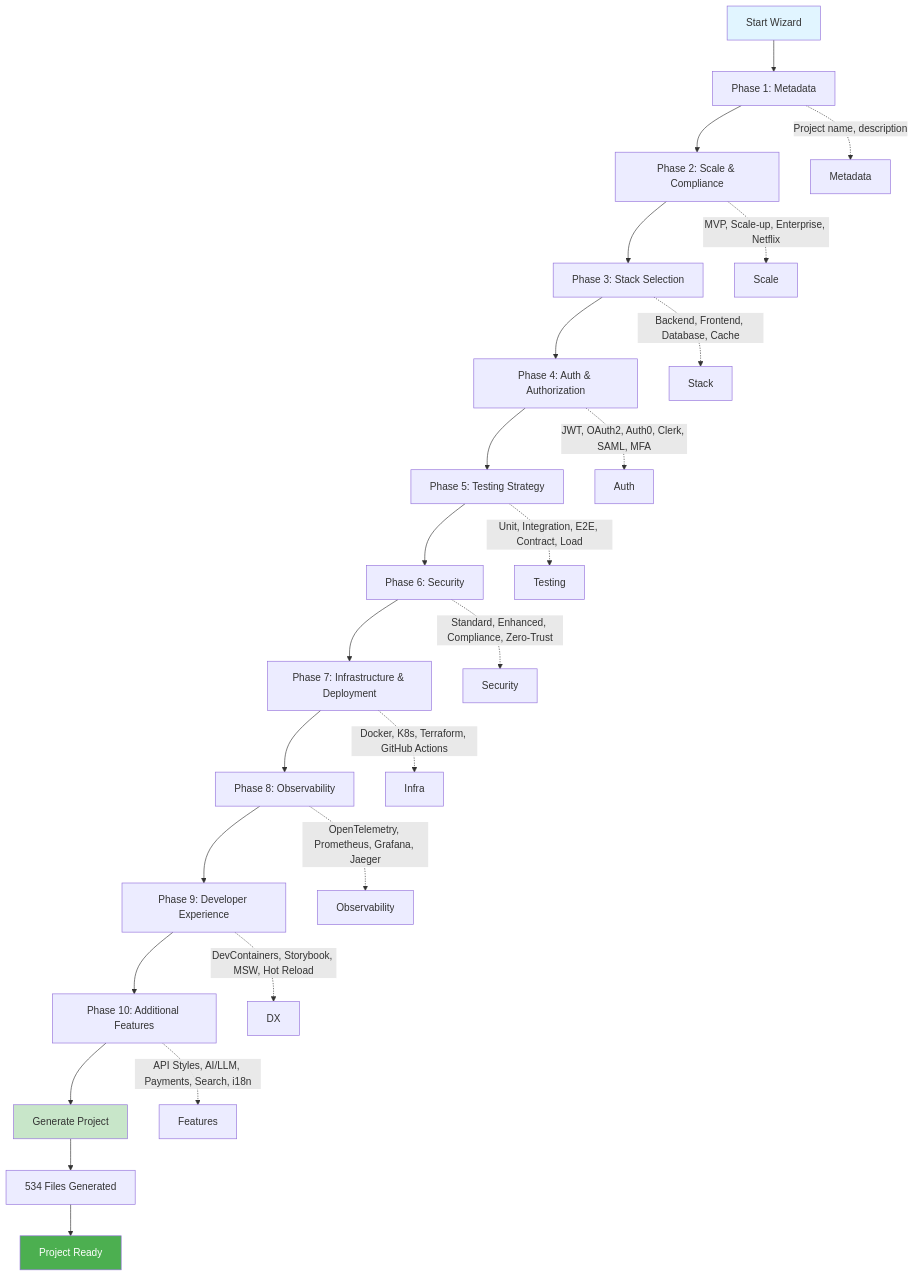
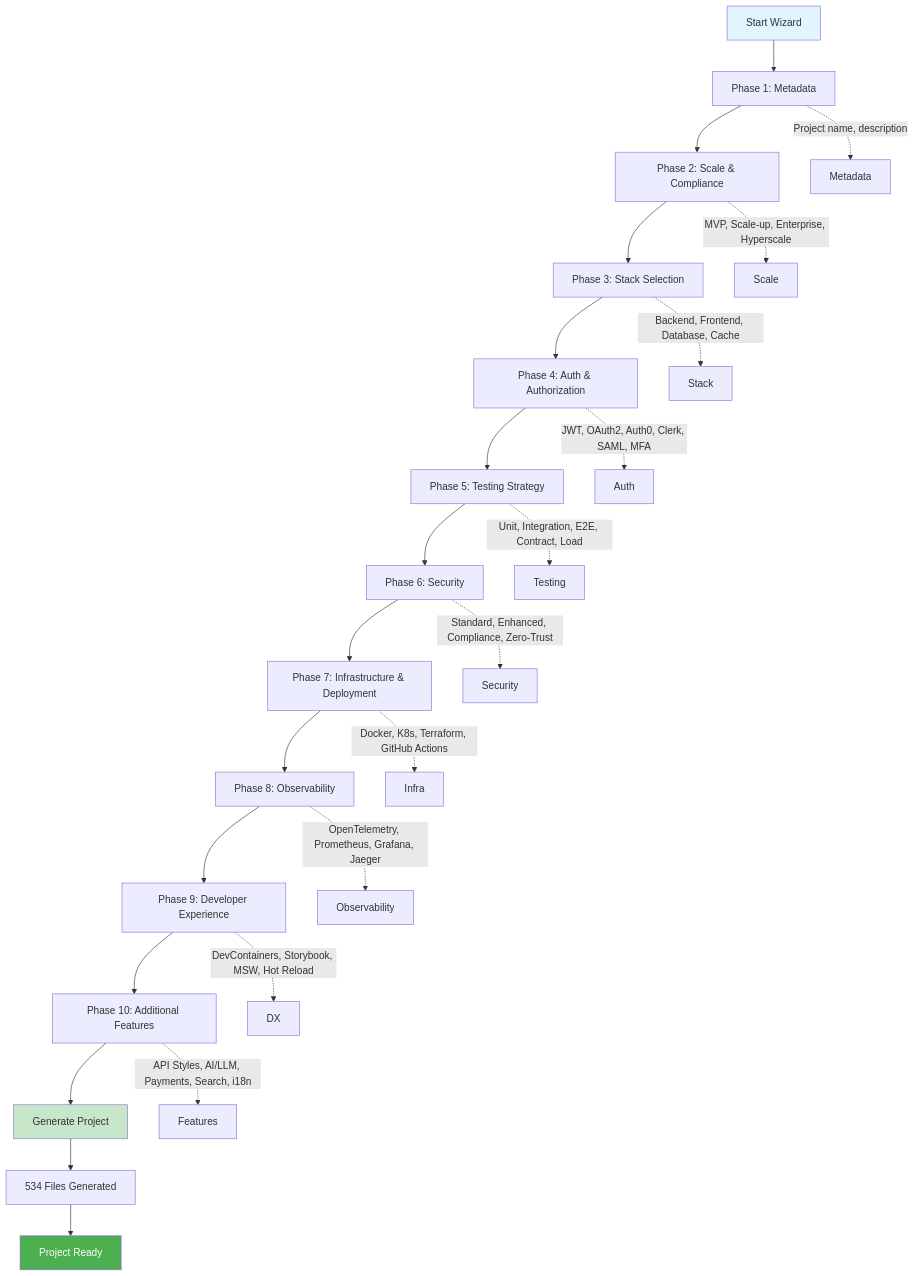
The first of 4 diagrams in README.md (vdirienzo/nuevo-proyecto-scaffold), drawn with Mermaid before and after one commit. The commit also changed other lines of this file and 8 other files, not shown here.

First line of the commit message:
refactor: Replace 'Netflix' scale tier with 'Hyperscale'

````diff
--- a/README.md
+++ b/README.md
@@ -204,32 +204,32 @@
 ```mermaid
 graph TD
     Start[Start Wizard] --> Phase1[Phase 1: Metadata]
     Phase1 --> Phase2[Phase 2: Scale & Compliance]
     Phase2 --> Phase3[Phase 3: Stack Selection]
     Phase3 --> Phase4[Phase 4: Auth & Authorization]
     Phase4 --> Phase5[Phase 5: Testing Strategy]
     Phase5 --> Phase6[Phase 6: Security]
     Phase6 --> Phase7[Phase 7: Infrastructure & Deployment]
     Phase7 --> Phase8[Phase 8: Observability]
     Phase8 --> Phase9[Phase 9: Developer Experience]
     Phase9 --> Phase10[Phase 10: Additional Features]
     Phase10 --> Generate[Generate Project]
 
     Phase1 -.->|Project name, description| Metadata
-    Phase2 -.->|MVP, Scale-up, Enterprise, Netflix| Scale
+    Phase2 -.->|MVP, Scale-up, Enterprise, Hyperscale| Scale
     Phase3 -.->|Backend, Frontend, Database, Cache| Stack
     Phase4 -.->|JWT, OAuth2, Auth0, Clerk, SAML, MFA| Auth
     Phase5 -.->|Unit, Integration, E2E, Contract, Load| Testing
     Phase6 -.->|Standard, Enhanced, Compliance, Zero-Trust| Security
     Phase7 -.->|Docker, K8s, Terraform, GitHub Actions| Infra
     Phase8 -.->|OpenTelemetry, Prometheus, Grafana, Jaeger| Observability
     Phase9 -.->|DevContainers, Storybook, MSW, Hot Reload| DX
     Phase10 -.->|API Styles, AI/LLM, Payments, Search, i18n| Features
 
     Generate --> Output[534 Files Generated]
     Output --> Done[Project Ready]
 
     style Start fill:#e1f5ff
     style Generate fill:#c8e6c9
     style Done fill:#4caf50,color:#fff
 ```
````
